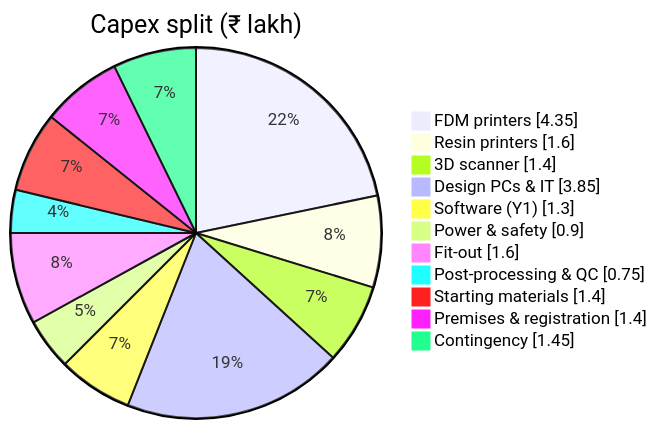
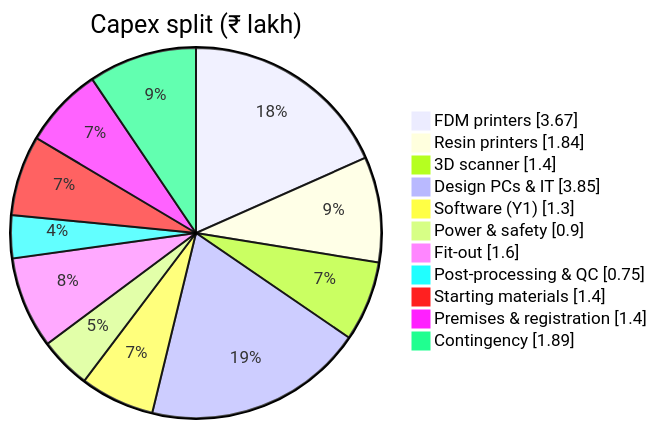
Before and after one commit to srikumar1987/3D: the first of 3 diagrams in guide/01-workshop-setup.md, drawn with Mermaid. The commit also changed other lines of this file and 14 other files, not shown here.

````diff
--- a/guide/01-workshop-setup.md
+++ b/guide/01-workshop-setup.md
@@ -16,15 +19,15 @@
 ```mermaid
 pie showData
     title Capex split (₹ lakh)
-    "FDM printers" : 4.35
-    "Resin printers" : 1.60
+    "FDM printers" : 3.67
+    "Resin printers" : 1.84
     "3D scanner" : 1.40
     "Design PCs & IT" : 3.85
     "Software (Y1)" : 1.30
     "Power & safety" : 0.90
     "Fit-out" : 1.60
     "Post-processing & QC" : 0.75
     "Starting materials" : 1.40
     "Premises & registration" : 1.40
-    "Contingency" : 1.45
+    "Contingency" : 1.89
 ```
````
